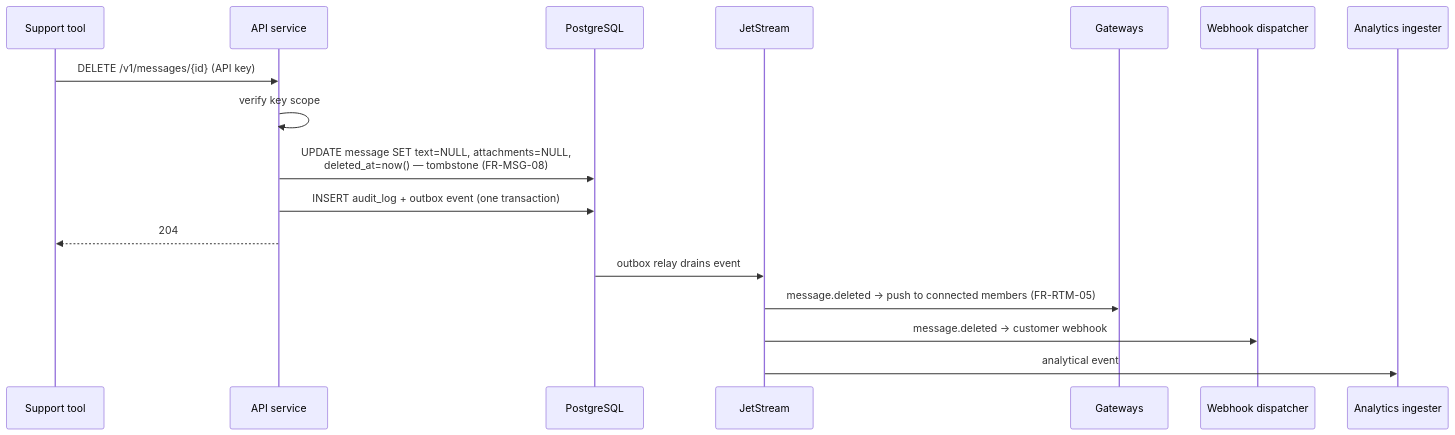
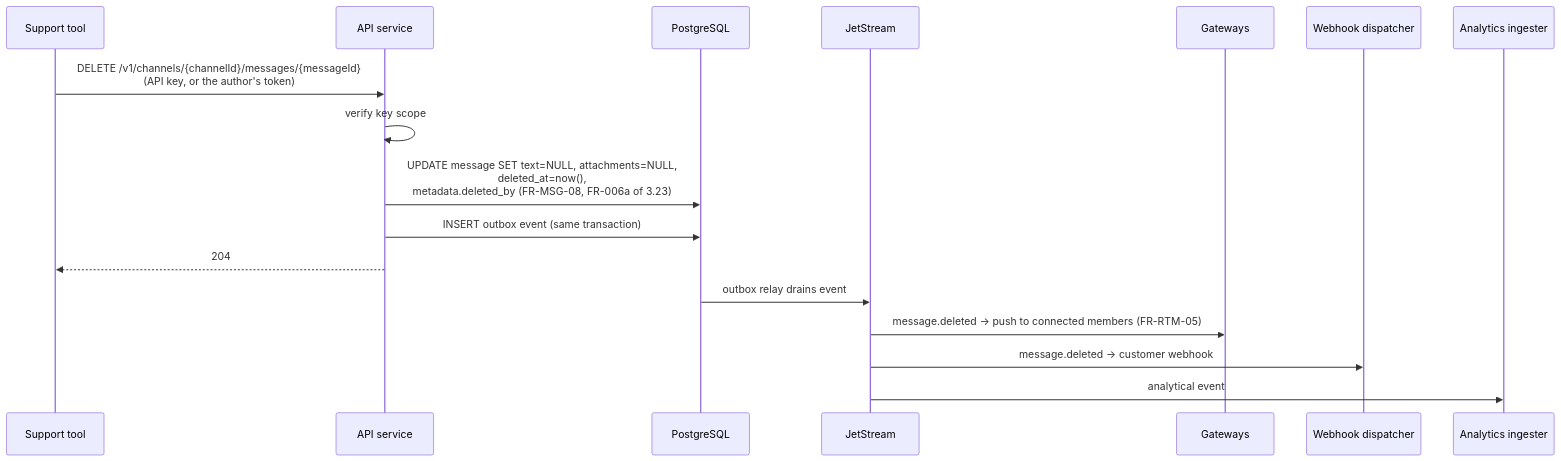
Before and after one commit to anhba817/relay-tutorial: the sixth of 7 diagrams in content/docs/05-sad.md, drawn with Mermaid. The commit also changed other lines of this file and 2 other files, not shown here.

````diff
--- a/content/docs/05-sad.md
+++ b/content/docs/05-sad.md
@@ -330,20 +330,20 @@
 ```mermaid
 sequenceDiagram
     participant S as Support tool
     participant A as API service
     participant P as PostgreSQL
     participant J as JetStream
     participant G as Gateways
     participant W as Webhook dispatcher
     participant I as Analytics ingester
 
-    S->>A: DELETE /v1/messages/{id} (API key)
+    S->>A: DELETE /v1/channels/{channelId}/messages/{messageId}<br/>(API key, or the author's token)
     A->>A: verify key scope
-    A->>P: UPDATE message SET text=NULL, attachments=NULL,<br/>deleted_at=now() — tombstone (FR-MSG-08)
-    A->>P: INSERT audit_log + outbox event (one transaction)
+    A->>P: UPDATE message SET text=NULL, attachments=NULL,<br/>deleted_at=now(),<br/>metadata.deleted_by (FR-MSG-08, FR-006a of 3.23)
+    A->>P: INSERT outbox event (same transaction)
     A-->>S: 204
     P->>J: outbox relay drains event
     J->>G: message.deleted → push to connected members (FR-RTM-05)
     J->>W: message.deleted → customer webhook
     J->>I: analytical event
 ```
````
